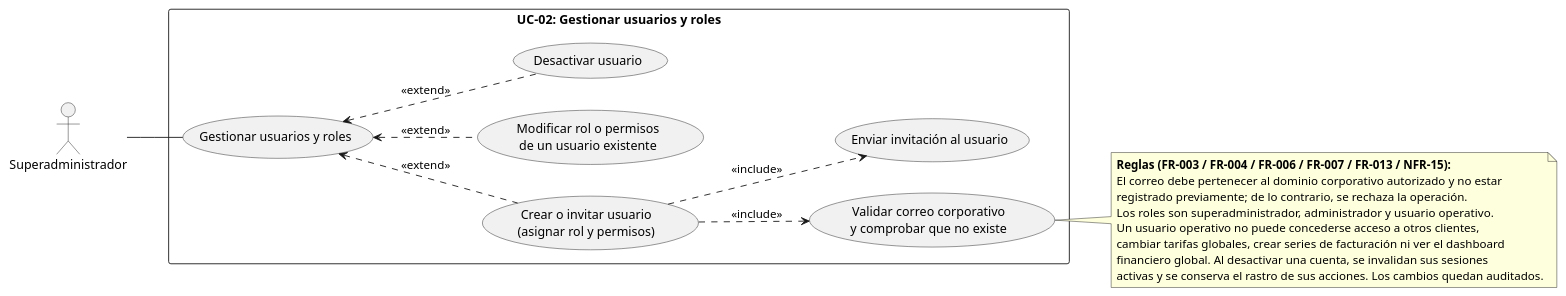
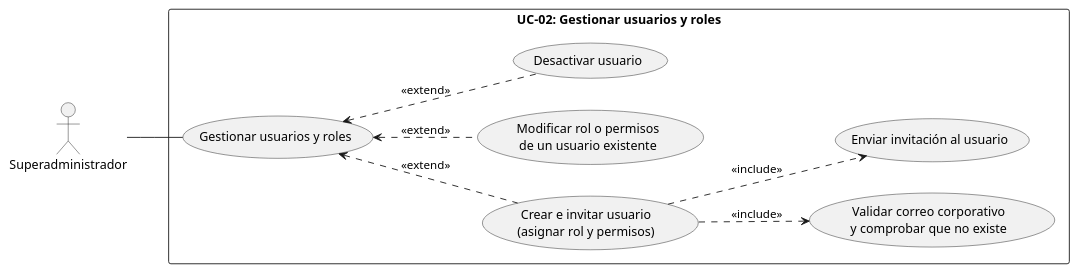
Before and after one commit to pablorv3/Hienitas-ADAP: the diagram in doc/src/casos-uso/uc-02-gestionar-usuarios-y-roles.pu, drawn with PlantUML. The commit also changed 28 other files, not shown here.

Commit message:
uml diagram fixes

```diff
--- a/doc/src/casos-uso/uc-02-gestionar-usuarios-y-roles.pu
+++ b/doc/src/casos-uso/uc-02-gestionar-usuarios-y-roles.pu
@@ -1,37 +2,26 @@
 @startuml uc-02
     left to right direction
     skinparam packageStyle rectangle
 
     actor "Superadministrador" as SA
 
     rectangle "UC-02: Gestionar usuarios y roles" {
         usecase "Gestionar usuarios y roles" as UC_Gestionar
-        usecase "Crear o invitar usuario\n(asignar rol y permisos)" as UC_Crear
+        usecase "Crear e invitar usuario\n(asignar rol y permisos)" as UC_Crear
         usecase "Validar correo corporativo\ny comprobar que no existe" as UC_Validar
         usecase "Enviar invitación al usuario" as UC_Invitar
         usecase "Modificar rol o permisos\nde un usuario existente" as UC_Modificar
         usecase "Desactivar usuario" as UC_Desactivar
 
         ' Operaciones disponibles dentro de la gestión de usuarios.
         UC_Gestionar <.. UC_Crear : <<extend>>
         UC_Gestionar <.. UC_Modificar : <<extend>>
         UC_Gestionar <.. UC_Desactivar : <<extend>>
 
         ' Validar el correo y enviar la invitación son pasos del alta/invitación.
         UC_Crear ..> UC_Validar : <<include>>
         UC_Crear ..> UC_Invitar : <<include>>
     }
 
-    note right of UC_Validar
-      <b>Reglas (FR-003 / FR-004 / FR-006 / FR-007 / FR-013 / NFR-15):</b>
-      El correo debe pertenecer al dominio corporativo autorizado y no estar
-      registrado previamente; de lo contrario, se rechaza la operación.
-      Los roles son superadministrador, administrador y usuario operativo.
-      Un usuario operativo no puede concederse acceso a otros clientes,
-      cambiar tarifas globales, crear series de facturación ni ver el dashboard
-      financiero global. Al desactivar una cuenta, se invalidan sus sesiones
-      activas y se conserva el rastro de sus acciones. Los cambios quedan auditados.
-    end note
-
     SA -- UC_Gestionar
 @enduml
```
